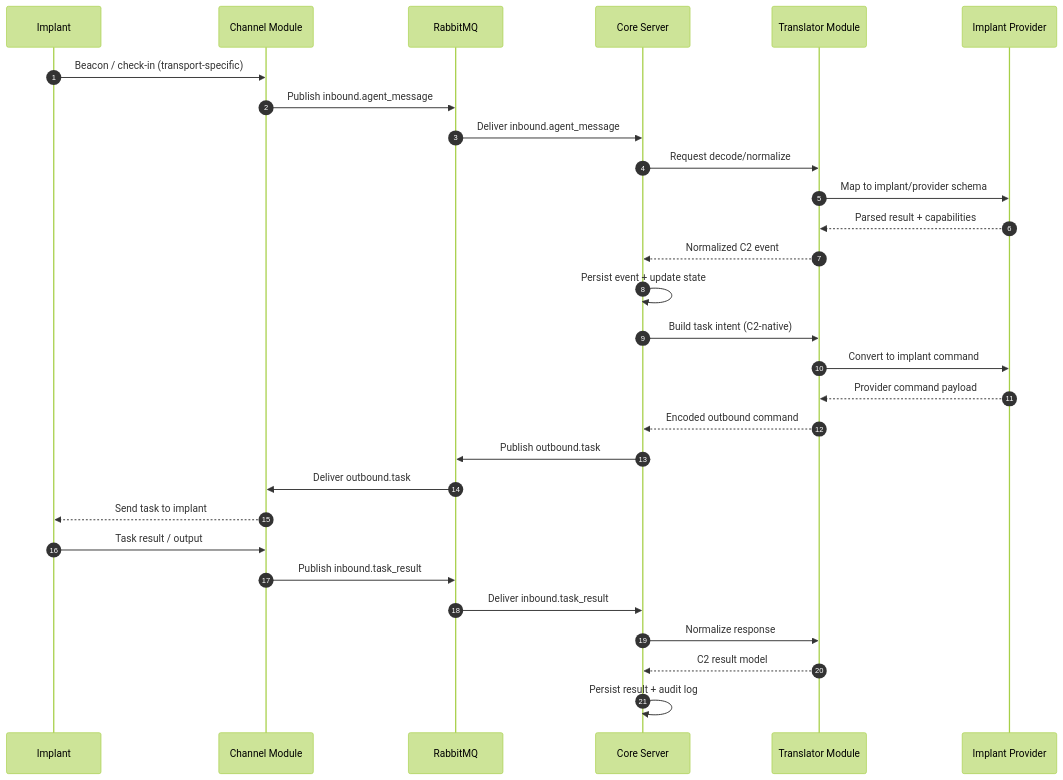
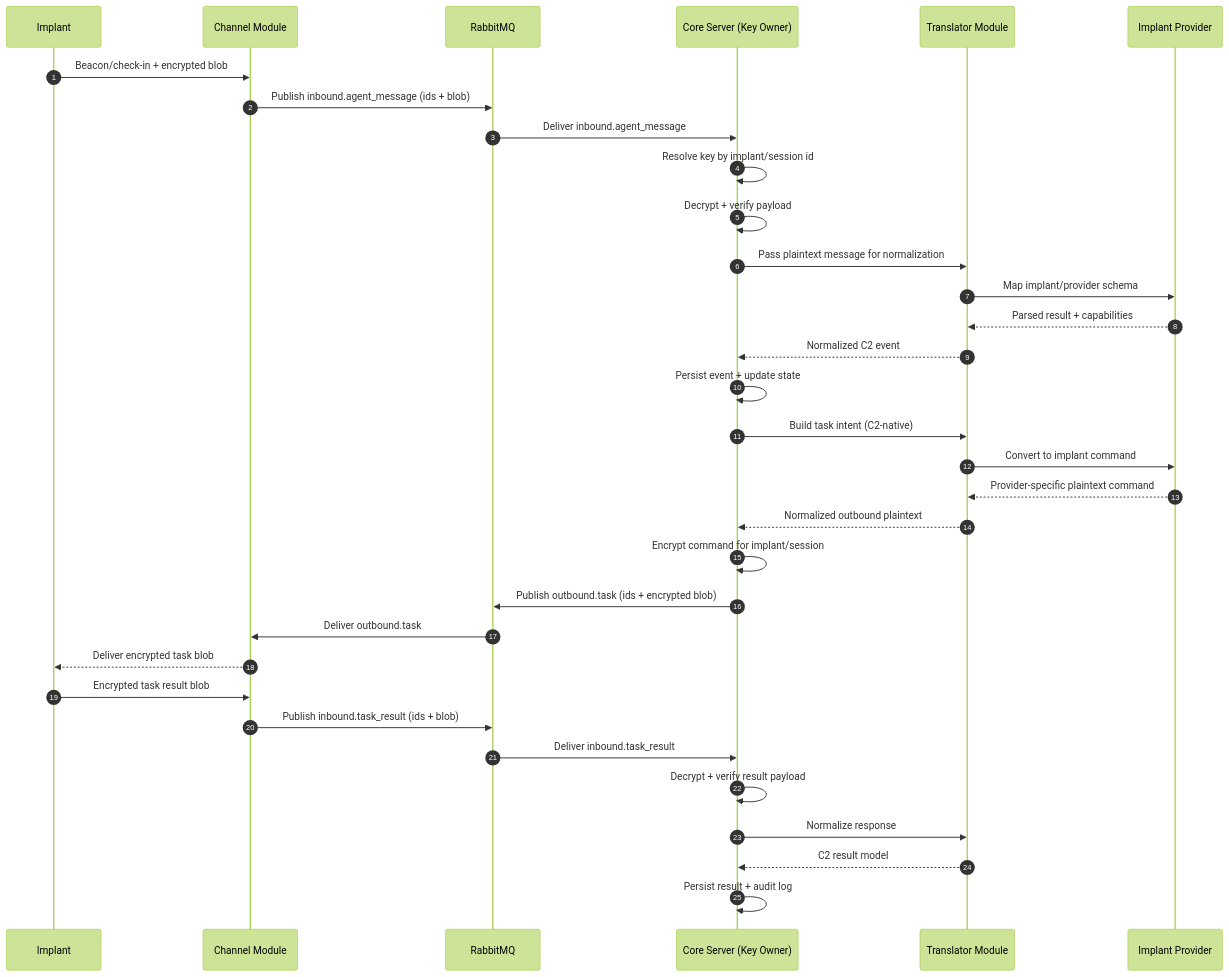
The first of 2 diagrams in docs/message-flow.md (Wooderan/vibe-c2-docs), drawn with Mermaid (forest theme) before and after one commit. The commit also changed other lines of this file and 5 other files, not shown here.

Commit message:
Refactor docs for end-to-end implant payload encryption boundary

````diff
--- a/docs/message-flow.md
+++ b/docs/message-flow.md
@@ -7,34 +7,38 @@
 ```mermaid
 sequenceDiagram
     autonumber
     participant I as Implant
     participant CH as Channel Module
     participant MQ as RabbitMQ
-    participant CS as Core Server
+    participant CS as Core Server (Key Owner)
     participant TR as Translator Module
     participant IP as Implant Provider
 
-    I->>CH: Beacon / check-in (transport-specific)
-    CH->>MQ: Publish inbound.agent_message
+    I->>CH: Beacon/check-in + encrypted blob
+    CH->>MQ: Publish inbound.agent_message (ids + blob)
     MQ->>CS: Deliver inbound.agent_message
-    CS->>TR: Request decode/normalize
-    TR->>IP: Map to implant/provider schema
+    CS->>CS: Resolve key by implant/session id
+    CS->>CS: Decrypt + verify payload
+    CS->>TR: Pass plaintext message for normalization
+    TR->>IP: Map implant/provider schema
     IP-->>TR: Parsed result + capabilities
     TR-->>CS: Normalized C2 event
     CS->>CS: Persist event + update state
 
     CS->>TR: Build task intent (C2-native)
     TR->>IP: Convert to implant command
-    IP-->>TR: Provider command payload
-    TR-->>CS: Encoded outbound command
-    CS->>MQ: Publish outbound.task
+    IP-->>TR: Provider-specific plaintext command
+    TR-->>CS: Normalized outbound plaintext
+    CS->>CS: Encrypt command for implant/session
+    CS->>MQ: Publish outbound.task (ids + encrypted blob)
     MQ->>CH: Deliver outbound.task
-    CH-->>I: Send task to implant
+    CH-->>I: Deliver encrypted task blob
 
-    I->>CH: Task result / output
-    CH->>MQ: Publish inbound.task_result
+    I->>CH: Encrypted task result blob
+    CH->>MQ: Publish inbound.task_result (ids + blob)
     MQ->>CS: Deliver inbound.task_result
+    CS->>CS: Decrypt + verify result payload
     CS->>TR: Normalize response
     TR-->>CS: C2 result model
     CS->>CS: Persist result + audit log
 ```
````
